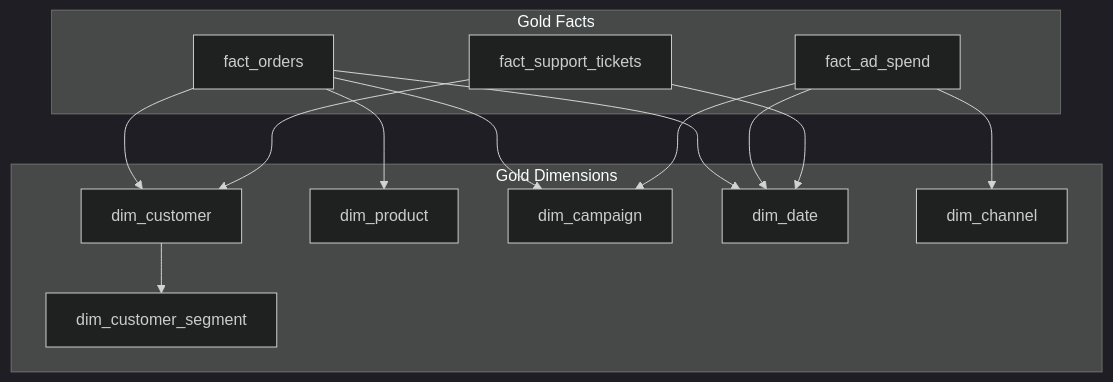
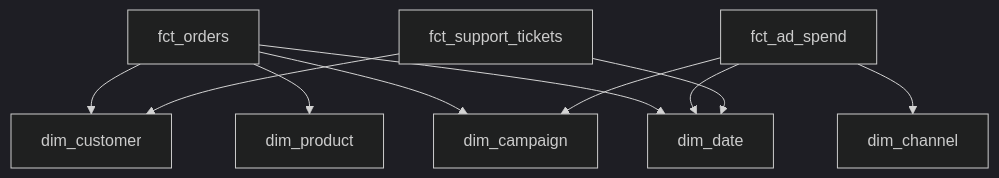
One commit to AmenBouallagui/fabric-sales-marketing-platform changed the diagram in assets/demo/gold_model.md. Above: the diagram before and after it, drawn with Mermaid (dark theme). The commit also changed other lines of this file and 259 other files, not shown here.

````diff
--- a/assets/demo/gold_model.md
+++ b/assets/demo/gold_model.md
@@ -5,31 +5,12 @@
 ```mermaid
 flowchart TB
-    subgraph Dimensions["Gold Dimensions"]
-        dim_customer["dim_customer"]
-        dim_product["dim_product"]
-        dim_campaign["dim_campaign"]
-        dim_date["dim_date"]
-        dim_customer_segment["dim_customer_segment"]
-        dim_channel["dim_channel"]
-    end
-
-    subgraph Facts["Gold Facts"]
-        fact_orders["fact_orders"]
-        fact_ad_spend["fact_ad_spend"]
-        fact_support_tickets["fact_support_tickets"]
-    end
-
-    fact_orders --> dim_customer
-    fact_orders --> dim_product
-    fact_orders --> dim_campaign
-    fact_orders --> dim_date
-
-    fact_ad_spend --> dim_campaign
-    fact_ad_spend --> dim_channel
-    fact_ad_spend --> dim_date
-
-    fact_support_tickets --> dim_customer
-    fact_support_tickets --> dim_date
-
-    dim_customer --> dim_customer_segment
+    fct_orders --> dim_customer
+    fct_orders --> dim_product
+    fct_orders --> dim_campaign
+    fct_orders --> dim_date
+    fct_ad_spend --> dim_campaign
+    fct_ad_spend --> dim_channel
+    fct_ad_spend --> dim_date
+    fct_support_tickets --> dim_customer
+    fct_support_tickets --> dim_date
 ```
````
